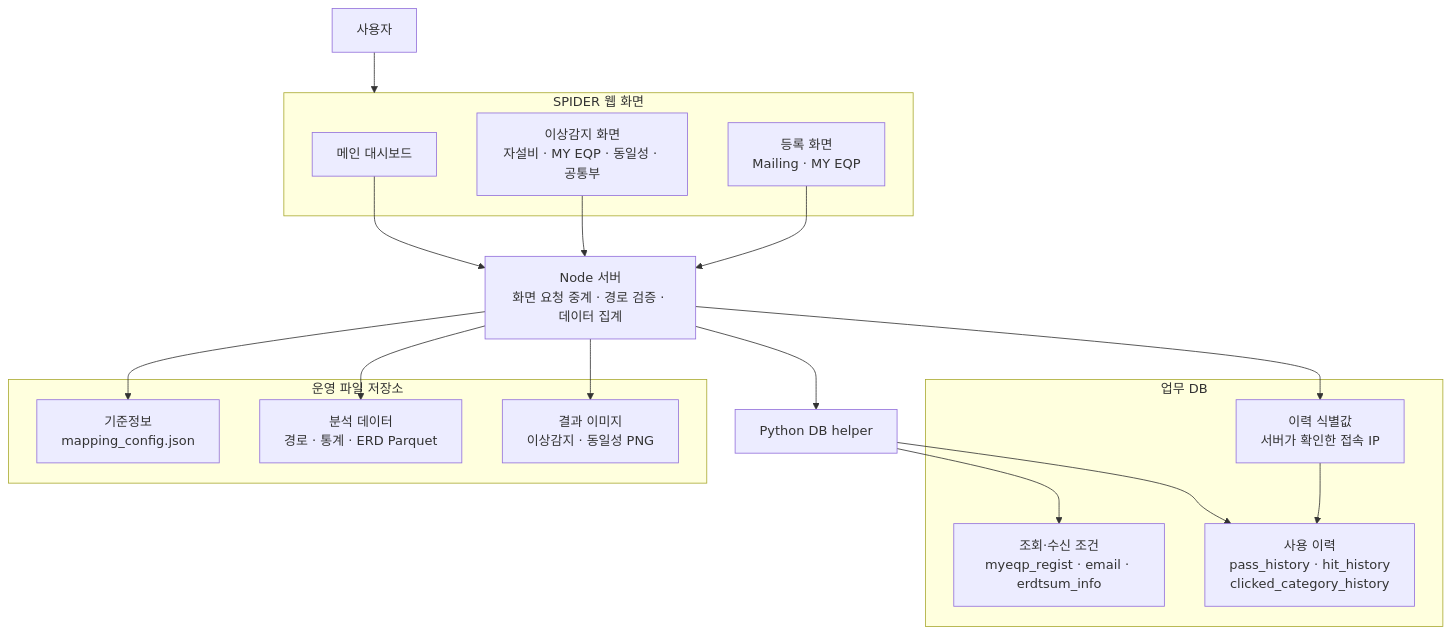
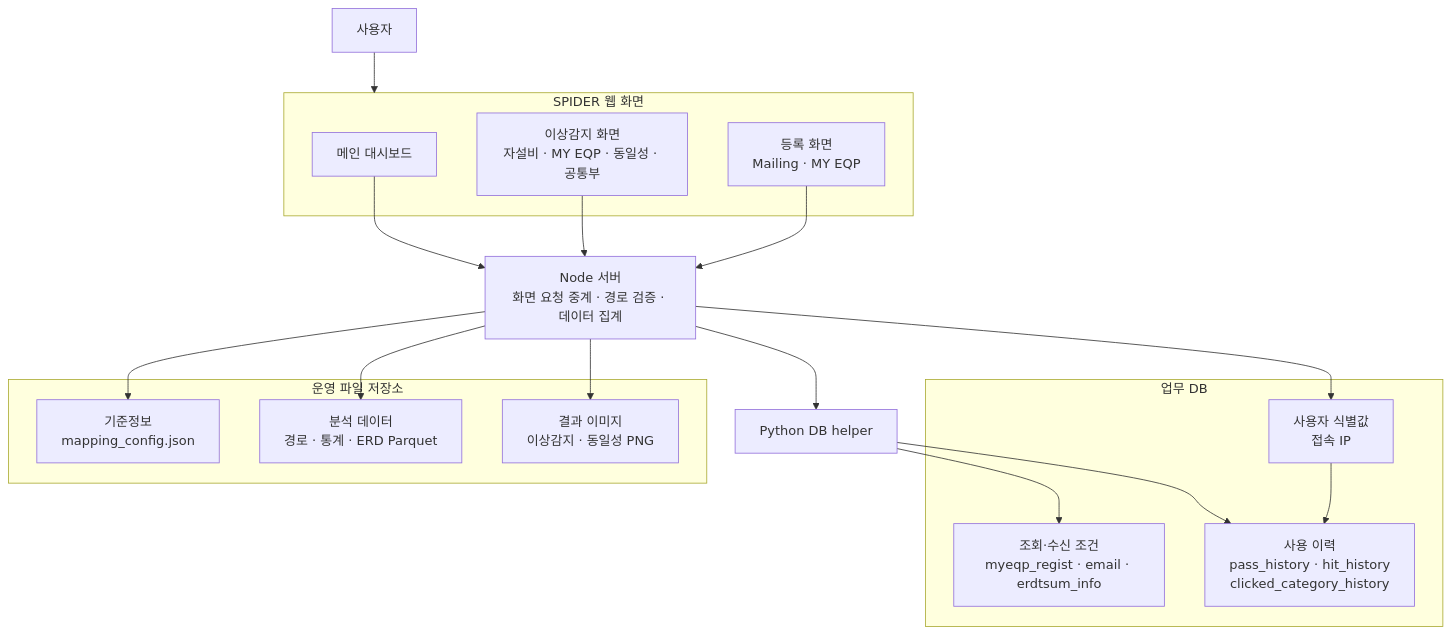
Before and after one commit to mlbarod/l0_spider_scs: the first of 12 diagrams in web_structure.md, drawn with Mermaid. The commit also changed other lines of this file and 30 other files, not shown here.

````diff
--- a/web_structure.md
+++ b/web_structure.md
@@ -17,41 +16,41 @@
 ```mermaid
 flowchart TB
     USER["사용자"]
 
     subgraph WEB["SPIDER 웹 화면"]
         MAIN["메인 대시보드"]
         ANOMALY["이상감지 화면<br/>자설비 · MY EQP · 동일성 · 공통부"]
         REGISTER["등록 화면<br/>Mailing · MY EQP"]
     end
 
     SERVER["Node 서버<br/>화면 요청 중계 · 경로 검증 · 데이터 집계"]
 
     subgraph STORAGE["운영 파일 저장소"]
         CONFIG["기준정보<br/>mapping_config.json"]
         PARQUET["분석 데이터<br/>경로 · 통계 · ERD Parquet"]
         IMAGE["결과 이미지<br/>이상감지 · 동일성 PNG"]
     end
 
     PYTHON["Python DB helper"]
 
     subgraph DATABASE["업무 DB"]
-        CLIENTIP["이력 식별값<br/>서버가 확인한 접속 IP"]
+        CLIENTIP["사용자 식별값<br/>접속 IP"]
         CONDITION["조회·수신 조건<br/>myeqp_regist · email · erdtsum_info"]
         HISTORY["사용 이력<br/>pass_history · hit_history<br/>clicked_category_history"]
     end
 
     USER --> WEB
     MAIN --> SERVER
     ANOMALY --> SERVER
     REGISTER --> SERVER
 
     SERVER --> CONFIG
     SERVER --> PARQUET
     SERVER --> IMAGE
     SERVER --> PYTHON
 
     SERVER --> CLIENTIP
     CLIENTIP --> HISTORY
     PYTHON --> CONDITION
     PYTHON --> HISTORY
 ```
````
